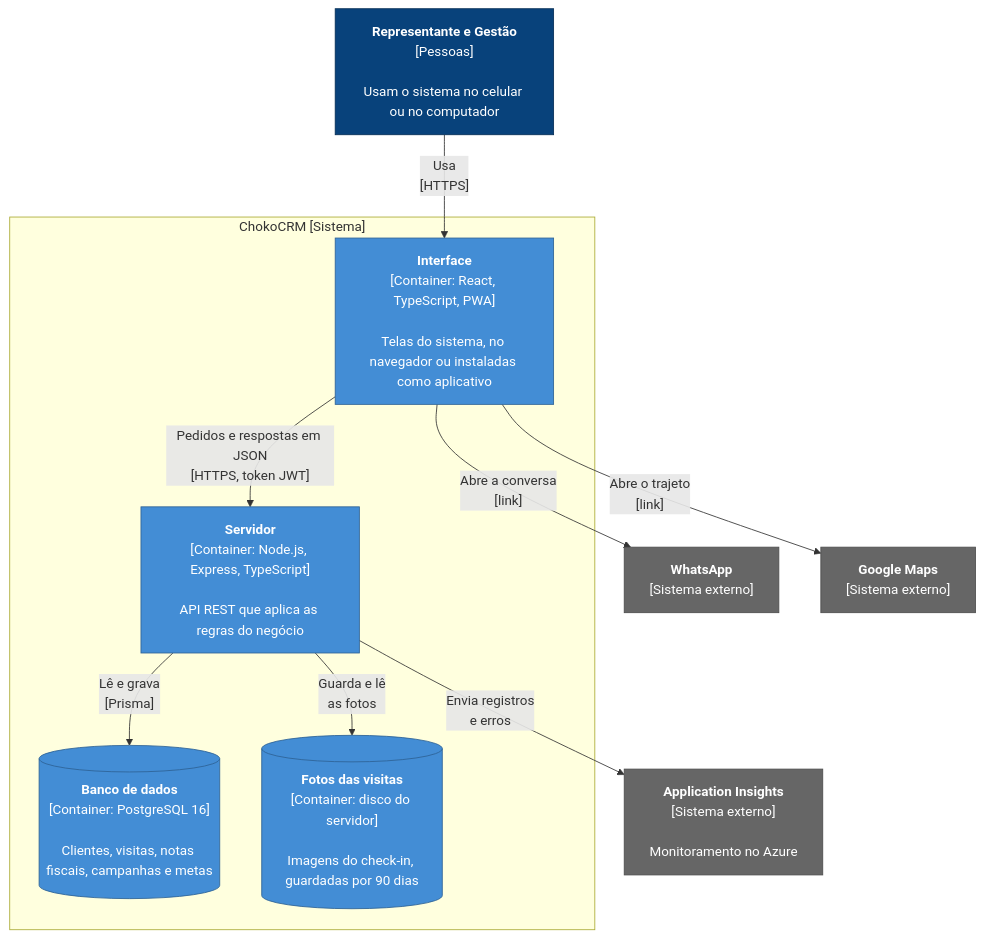
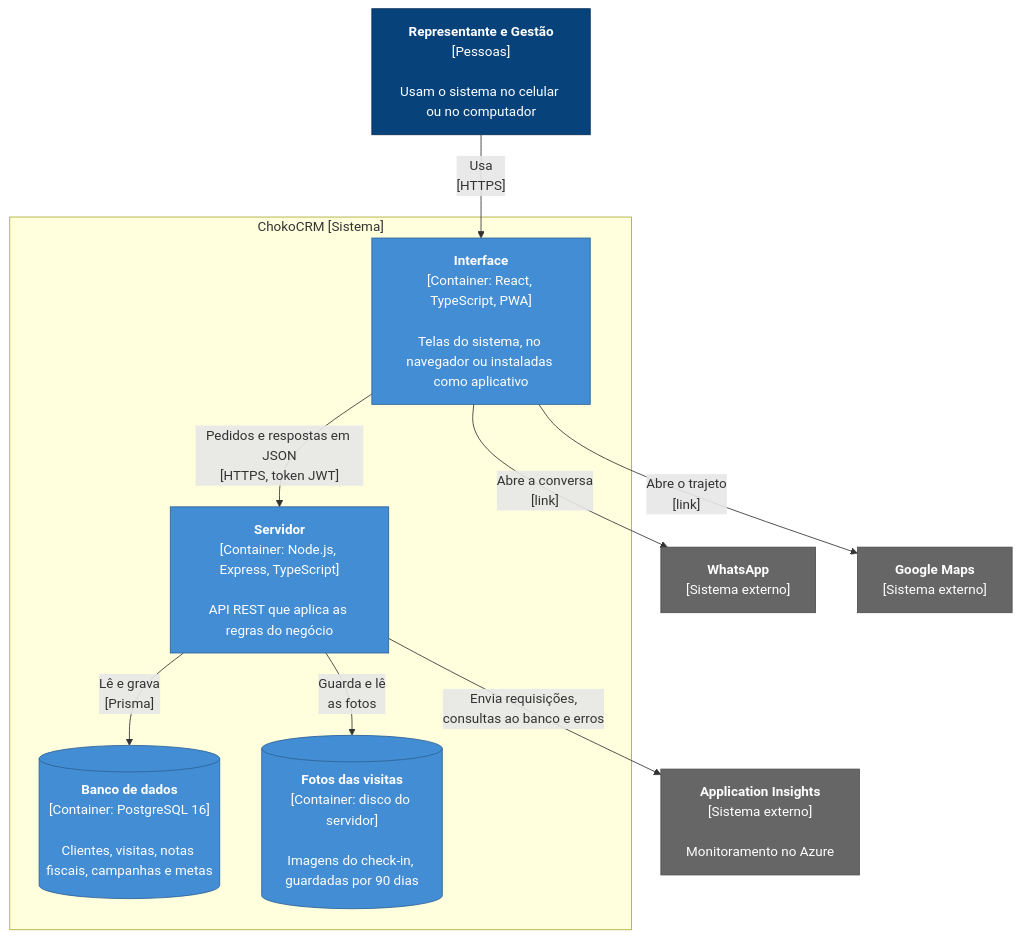
The diagram in README.md (dudapetzinger/CHOKOCRM), drawn with Mermaid before and after one commit. The commit also changed 5 other files, not shown here.

````diff
--- a/README.md
+++ b/README.md
@@ -152,30 +152,30 @@
 ```mermaid
 flowchart TB
     usuario["<b>Representante e Gestão</b><br/>[Pessoas]<br/><br/>Usam o sistema no celular ou no computador"]
 
     subgraph choko["ChokoCRM [Sistema]"]
         web["<b>Interface</b><br/>[Container: React, TypeScript, PWA]<br/><br/>Telas do sistema, no navegador ou instaladas como aplicativo"]
         api["<b>Servidor</b><br/>[Container: Node.js, Express, TypeScript]<br/><br/>API REST que aplica as regras do negócio"]
         db[("<b>Banco de dados</b><br/>[Container: PostgreSQL 16]<br/><br/>Clientes, visitas, notas fiscais, campanhas e metas")]
         fotos[("<b>Fotos das visitas</b><br/>[Container: disco do servidor]<br/><br/>Imagens do check-in, guardadas por 90 dias")]
     end
 
     whats["<b>WhatsApp</b><br/>[Sistema externo]"]
     maps["<b>Google Maps</b><br/>[Sistema externo]"]
     insights["<b>Application Insights</b><br/>[Sistema externo]<br/><br/>Monitoramento no Azure"]
 
     usuario -- "Usa<br/>[HTTPS]" --> web
     web -- "Pedidos e respostas em JSON<br/>[HTTPS, token JWT]" --> api
     api -- "Lê e grava<br/>[Prisma]" --> db
     api -- "Guarda e lê<br/>as fotos" --> fotos
     web -- "Abre a conversa<br/>[link]" --> whats
     web -- "Abre o trajeto<br/>[link]" --> maps
-    api -- "Envia registros<br/>e erros" --> insights
+    api -- "Envia requisições,<br/>consultas ao banco e erros" --> insights
 
     classDef pessoa fill:#08427b,stroke:#052e56,color:#ffffff
     classDef container fill:#438dd5,stroke:#2e6295,color:#ffffff
     classDef externo fill:#666666,stroke:#4d4d4d,color:#ffffff
     class usuario pessoa
     class web,api,db,fotos container
     class whats,maps,insights externo
 ```
````
